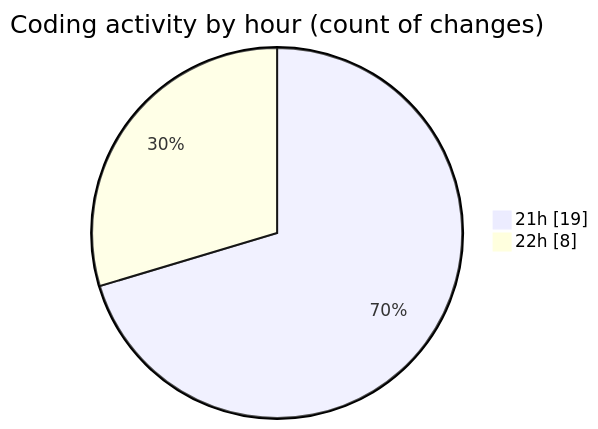
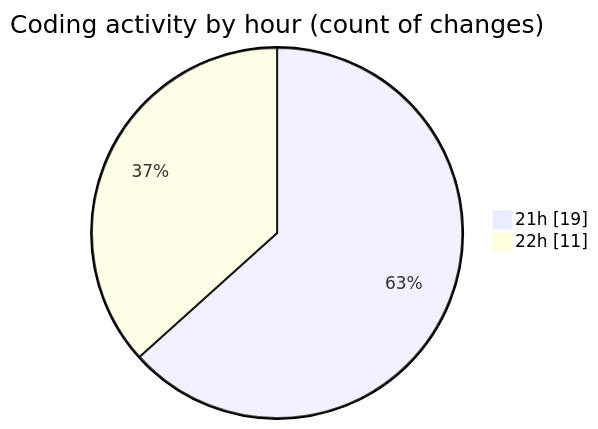
The second of 2 diagrams in 2025-01-14/github-activity-tracker/README.md (momahboobian/code-tracking), drawn with Mermaid before and after one commit. The commit also changed other lines of this file and 1 other file, not shown here.

````diff
--- a/2025-01-14/github-activity-tracker/README.md
+++ b/2025-01-14/github-activity-tracker/README.md
@@ -33,6 +33,6 @@
 ```mermaid
 pie showData
 title Coding activity by hour (count of changes)
 "21h" : 19
-"22h" : 8
+"22h" : 11
 ```
````
